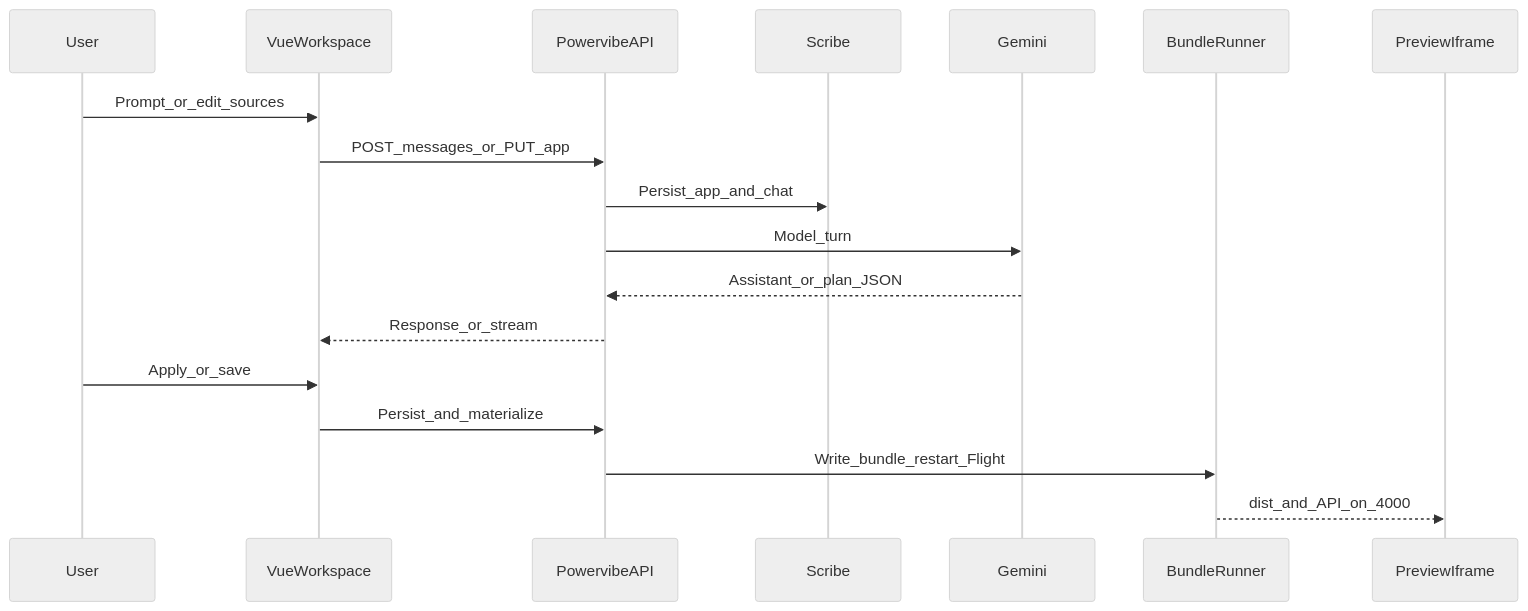
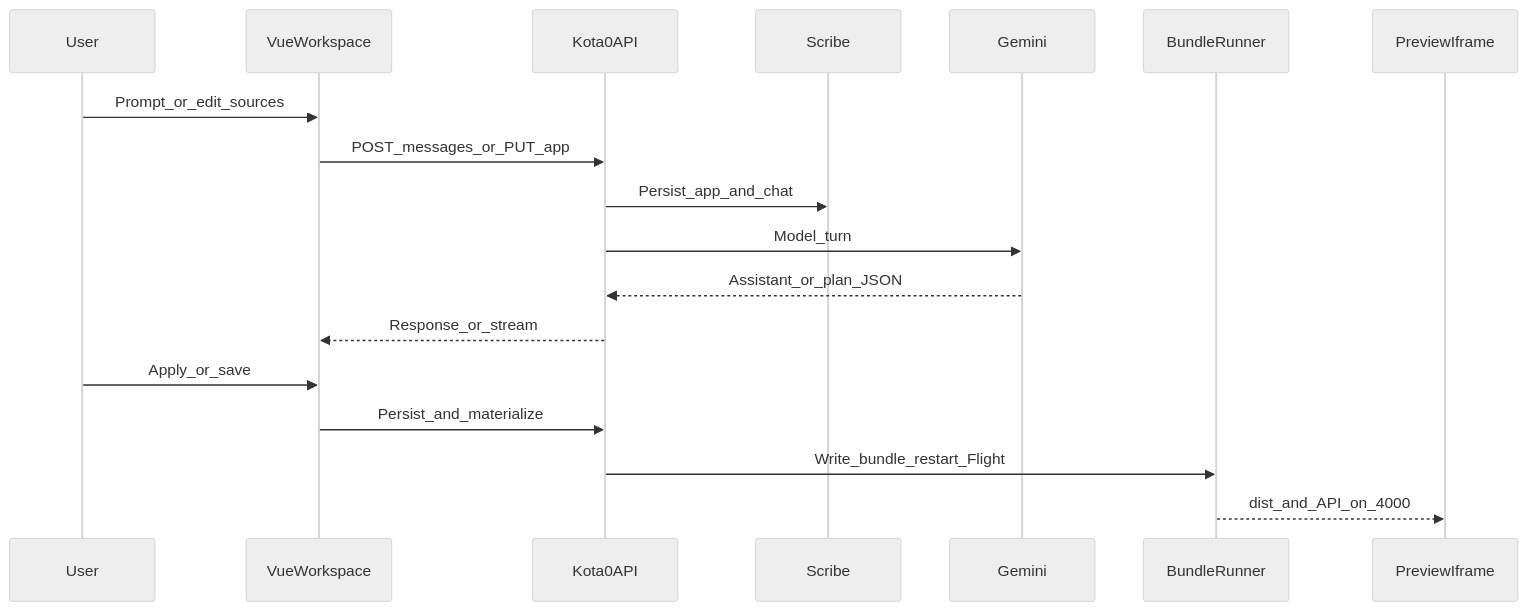
One commit to thoughtpivot/kota0 changed the second of 4 diagrams in README.md. Above: the diagram before and after it, drawn with Mermaid (neutral theme). The commit also changed other lines of this file and 255 other files, not shown here.

````diff
--- a/README.md
+++ b/README.md
@@ -198,20 +198,20 @@
 ```mermaid
 sequenceDiagram
   participant User
   participant VueWorkspace
-  participant PowervibeAPI
+  participant Kota0API
   participant Scribe
   participant Gemini
   participant BundleRunner
   participant PreviewIframe
   User->>VueWorkspace: Prompt_or_edit_sources
-  VueWorkspace->>PowervibeAPI: POST_messages_or_PUT_app
-  PowervibeAPI->>Scribe: Persist_app_and_chat
-  PowervibeAPI->>Gemini: Model_turn
-  Gemini-->>PowervibeAPI: Assistant_or_plan_JSON
-  PowervibeAPI-->>VueWorkspace: Response_or_stream
+  VueWorkspace->>Kota0API: POST_messages_or_PUT_app
+  Kota0API->>Scribe: Persist_app_and_chat
+  Kota0API->>Gemini: Model_turn
+  Gemini-->>Kota0API: Assistant_or_plan_JSON
+  Kota0API-->>VueWorkspace: Response_or_stream
   User->>VueWorkspace: Apply_or_save
-  VueWorkspace->>PowervibeAPI: Persist_and_materialize
-  PowervibeAPI->>BundleRunner: Write_bundle_restart_Flight
+  VueWorkspace->>Kota0API: Persist_and_materialize
+  Kota0API->>BundleRunner: Write_bundle_restart_Flight
   BundleRunner-->>PreviewIframe: dist_and_API_on_4000
 ```
````
